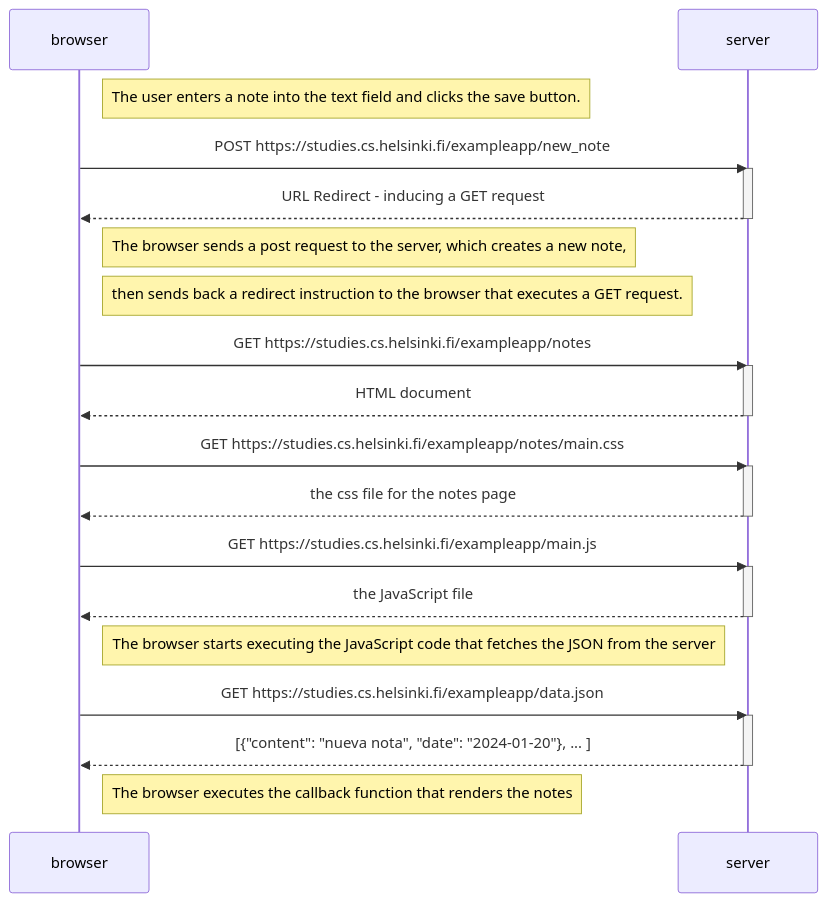
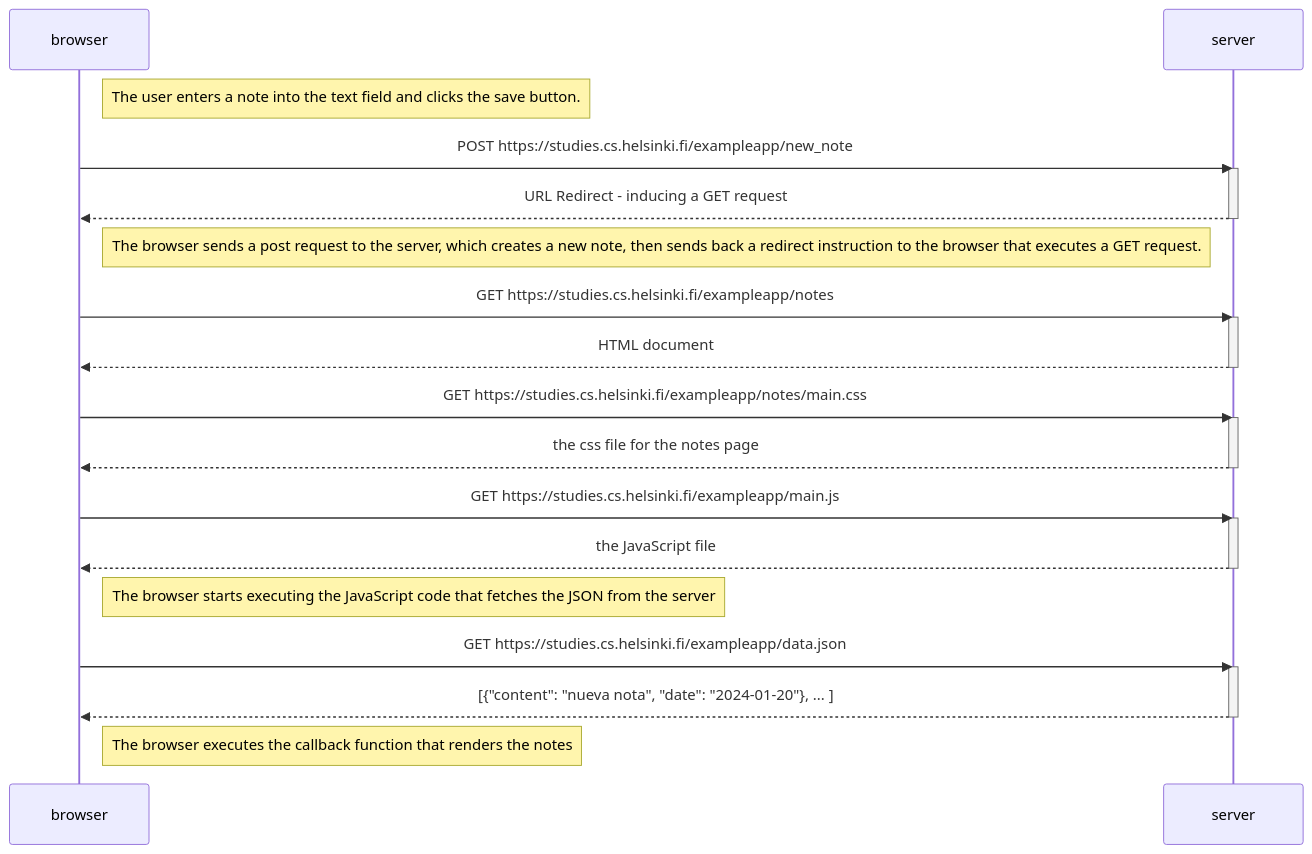
Before and after one commit to medfad7/full_stack_open_course: the diagram in part0/new-note-diagram.md, drawn with Mermaid.

````diff
--- a/part0/new-note-diagram.md
+++ b/part0/new-note-diagram.md
@@ -1,39 +1,38 @@
 ```mermaid
   sequenceDiagram
       participant browser
       participant server
   
       Note right of browser: The user enters a note into the text field and clicks the save button.
   
       browser->>server: POST https://studies.cs.helsinki.fi/exampleapp/new_note
       activate server
       server-->>browser: URL Redirect - inducing a GET request
       deactivate server
   
-      Note right of browser: The browser sends a post request to the server, which creates a new note,
-      Note right of browser: then sends back a redirect instruction to the browser that executes a GET request.
+      Note right of browser: The browser sends a post request to the server, which creates a new note, then sends back a redirect instruction to the browser that executes a GET request.
   
       browser->>server: GET https://studies.cs.helsinki.fi/exampleapp/notes
       activate server
       server-->>browser: HTML document
       deactivate server
   
       browser->>server: GET https://studies.cs.helsinki.fi/exampleapp/notes/main.css
       activate server
       server-->>browser: the css file for the notes page
       deactivate server
   
       browser->>server: GET https://studies.cs.helsinki.fi/exampleapp/main.js
       activate server
       server-->>browser: the JavaScript file
       deactivate server
   
       Note right of browser: The browser starts executing the JavaScript code that fetches the JSON from the server
   
       browser->>server: GET https://studies.cs.helsinki.fi/exampleapp/data.json
       activate server
       server-->>browser: [{"content": "nueva nota", "date": "2024-01-20"}, ... ]
       deactivate server
   
       Note right of browser: The browser executes the callback function that renders the notes
 ```
````
